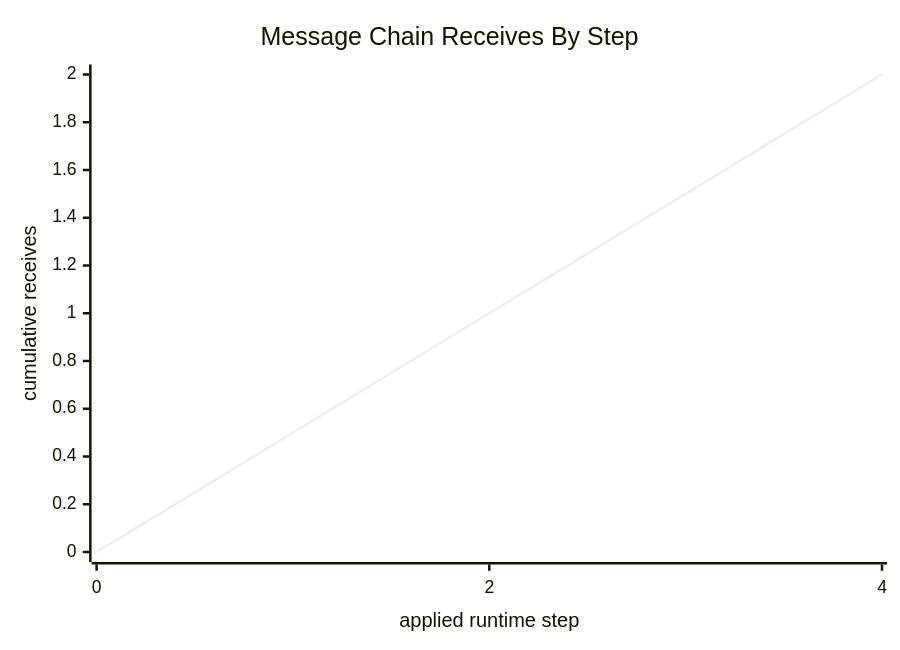
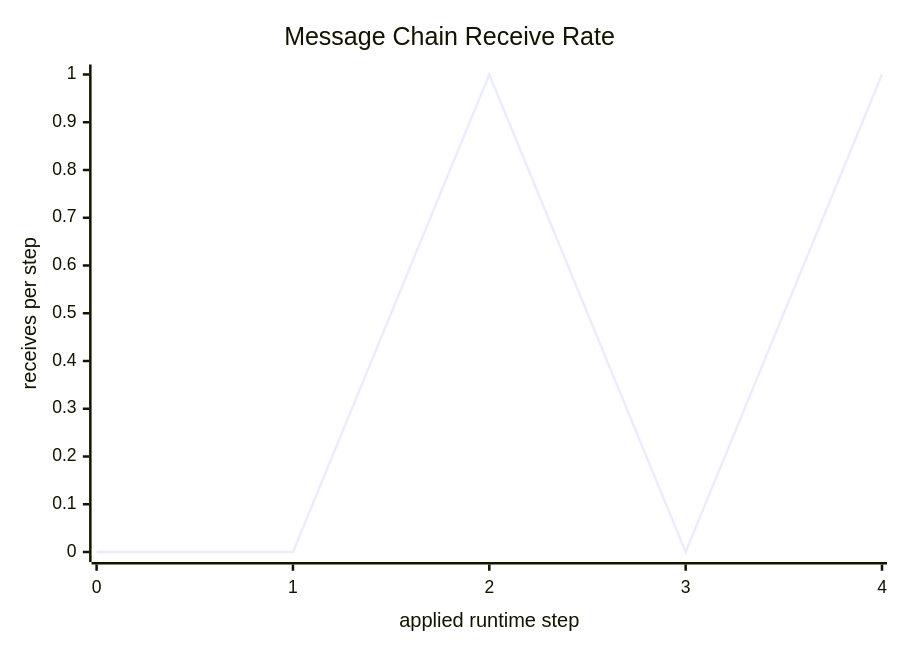
Before and after one commit to rfielding/go-ctl2: the eighth of 33 diagrams in docs/build/ir.generated.md, drawn with Mermaid. The commit also changed other lines of this file and 4 other files, not shown here.

````diff
--- a/docs/build/ir.generated.md
+++ b/docs/build/ir.generated.md
@@ -839,7 +841,7 @@
 ```mermaid
 xychart-beta
-    title "Message Chain Receives By Step"
-    x-axis "applied runtime step" [0, 2, 4]
-    y-axis "cumulative receives" 0 --> 2
-    line [0, 1, 2]
+    title "Message Chain Receive Rate"
+    x-axis "applied runtime step" [0, 1, 2, 3, 4]
+    y-axis "receives per step" 0 --> 1
+    line [0, 0, 1, 0, 1]
 ```
````
